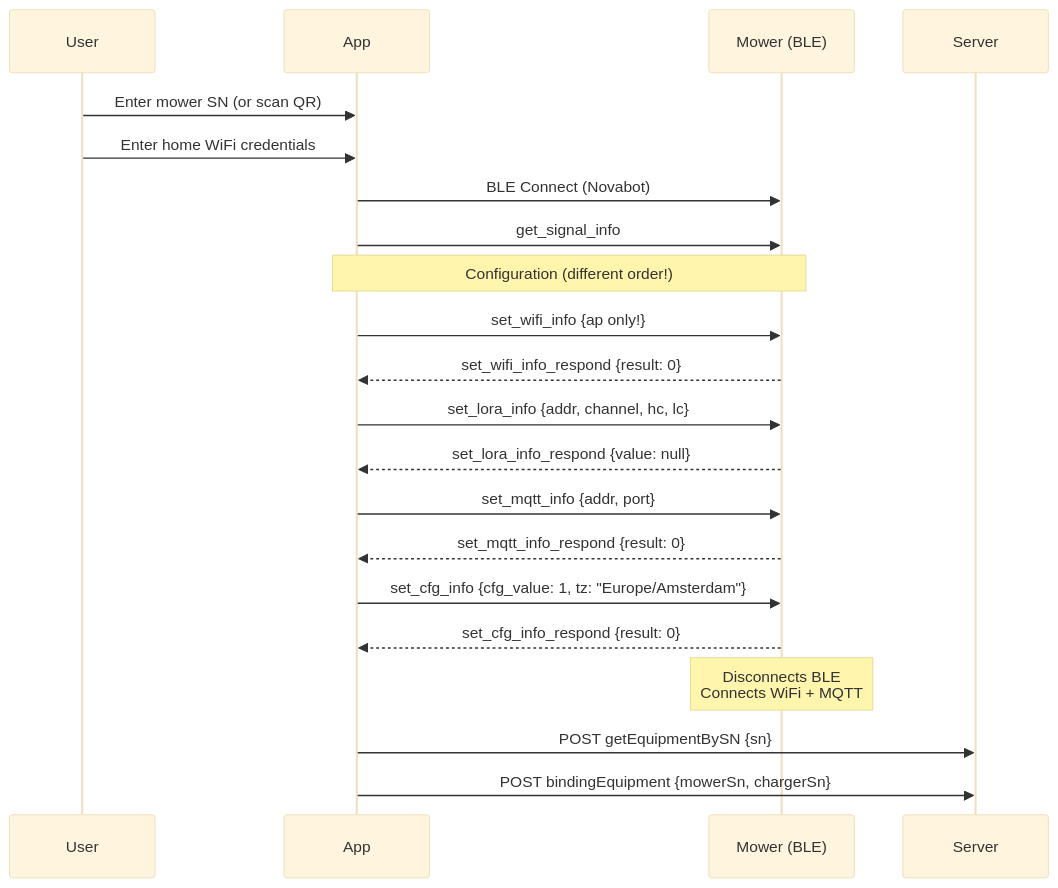
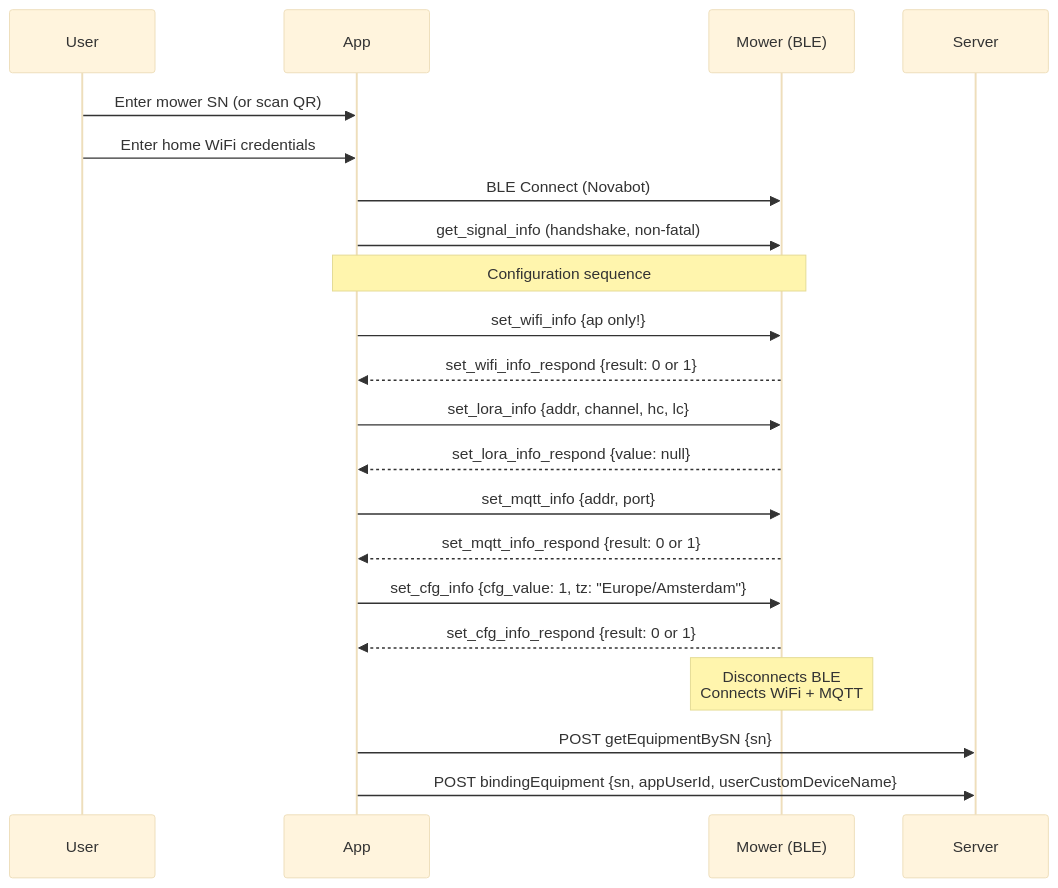
One commit to rvbcrs/Novabot changed the diagram in docs-public/ble/mower-provisioning.md. Above: the diagram before and after it, drawn with Mermaid (base theme). The commit also changed other lines of this file and 72 other files, not shown here.

````diff
--- a/docs-public/ble/mower-provisioning.md
+++ b/docs-public/ble/mower-provisioning.md
@@ -22,31 +31,31 @@
 ```mermaid
 sequenceDiagram
     participant User
     participant App
     participant Mower as Mower (BLE)
     participant Server
 
     User->>App: Enter mower SN (or scan QR)
     User->>App: Enter home WiFi credentials
 
     App->>Mower: BLE Connect (Novabot)
-    App->>Mower: get_signal_info
+    App->>Mower: get_signal_info (handshake, non-fatal)
 
-    Note over App,Mower: Configuration (different order!)
+    Note over App,Mower: Configuration sequence
     App->>Mower: set_wifi_info {ap only!}
-    Mower-->>App: set_wifi_info_respond {result: 0}
+    Mower-->>App: set_wifi_info_respond {result: 0 or 1}
 
     App->>Mower: set_lora_info {addr, channel, hc, lc}
     Mower-->>App: set_lora_info_respond {value: null}
 
     App->>Mower: set_mqtt_info {addr, port}
-    Mower-->>App: set_mqtt_info_respond {result: 0}
+    Mower-->>App: set_mqtt_info_respond {result: 0 or 1}
 
     App->>Mower: set_cfg_info {cfg_value: 1, tz: "Europe/Amsterdam"}
-    Mower-->>App: set_cfg_info_respond {result: 0}
+    Mower-->>App: set_cfg_info_respond {result: 0 or 1}
 
     Note over Mower: Disconnects BLE<br/>Connects WiFi + MQTT
 
     App->>Server: POST getEquipmentBySN {sn}
-    App->>Server: POST bindingEquipment {mowerSn, chargerSn}
+    App->>Server: POST bindingEquipment {sn, appUserId, userCustomDeviceName}
 ```
````
